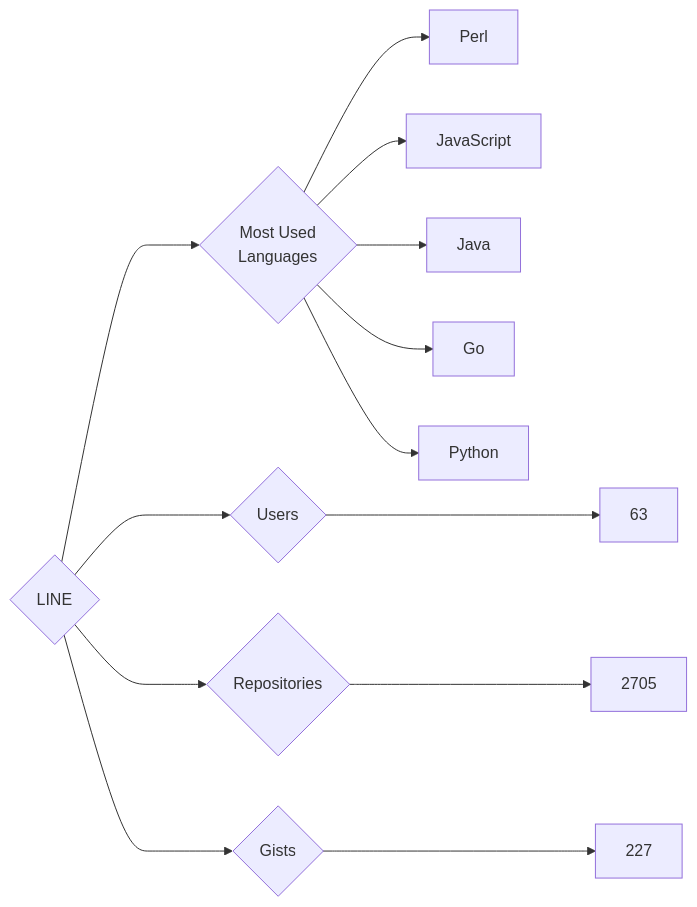
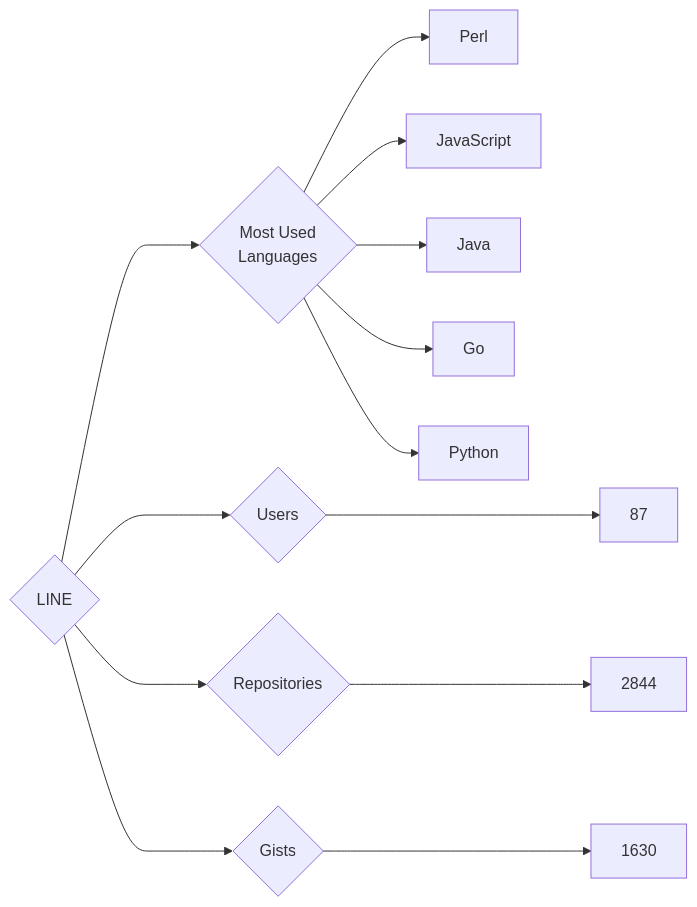
The diagram in targets/LINE/README.md (trickest/insiders), drawn with Mermaid before and after one commit. The commit also changed 757 other files, not shown here.

````diff
--- a/targets/LINE/README.md
+++ b/targets/LINE/README.md
@@ -3,13 +3,13 @@
 ```mermaid
 graph LR
 COMPANY_NAME{LINE}
-COMPANY_NAME ---> U{Users} ---> UN[63]
-COMPANY_NAME ---> R{Repositories} ---> RN[2705]
-COMPANY_NAME ---> G{Gists} ---> GN[227]
+COMPANY_NAME ---> U{Users} ---> UN[87]
+COMPANY_NAME ---> R{Repositories} ---> RN[2844]
+COMPANY_NAME ---> G{Gists} ---> GN[1630]
 COMPANY_NAME ---> ML{Most Used<br>Languages}
 ML --> Perl[Perl]
 ML --> JavaScript[JavaScript]
 ML --> Java[Java]
 ML --> Go[Go]
 ML --> Python[Python]
 ```
````
